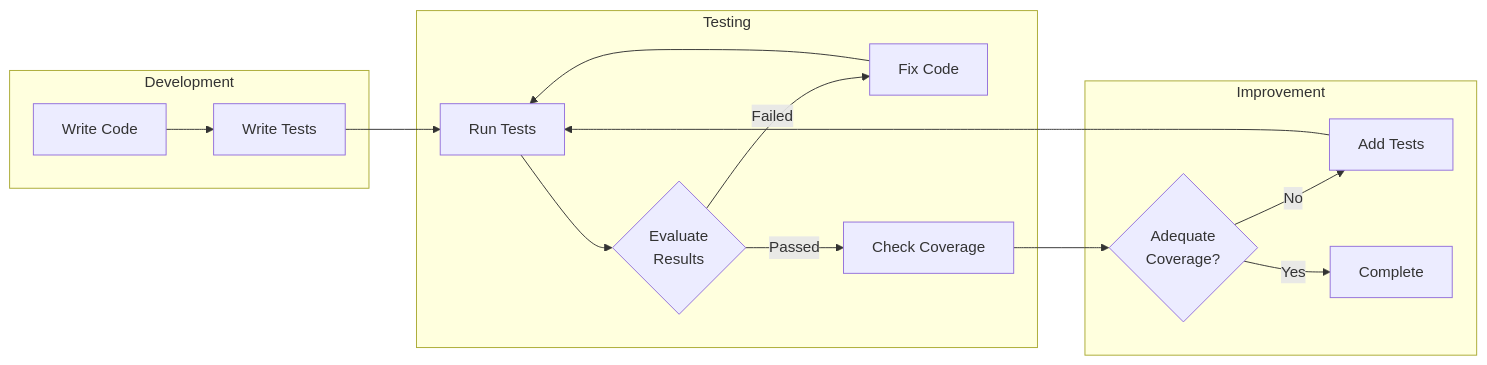
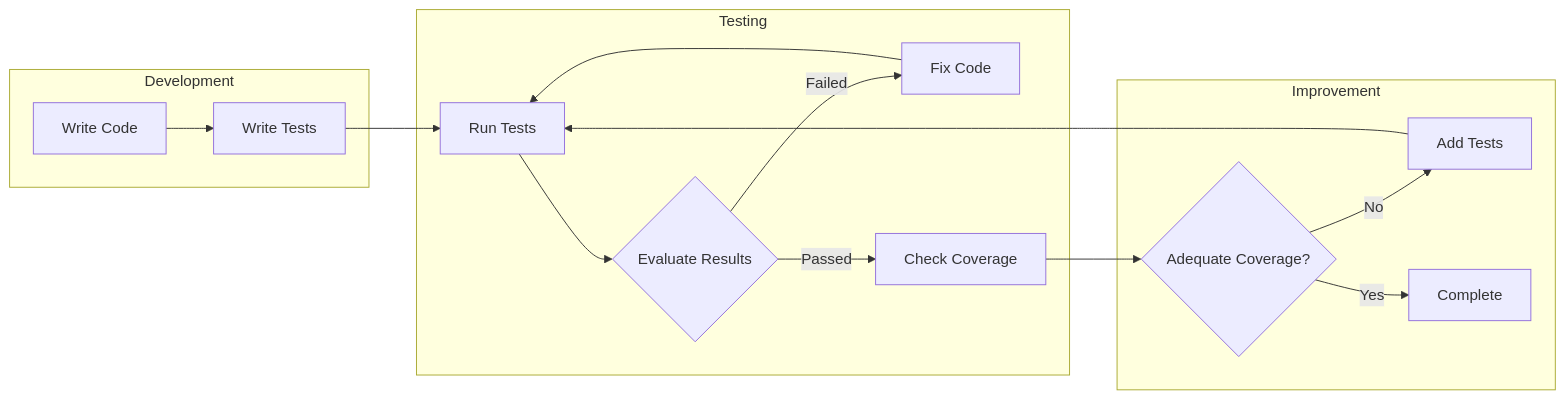
Before and after one commit to andrebarsotti/csv-to-ofx-converter: the first of 2 diagrams in docs/en/unit-tests.md, drawn with Mermaid. The commit also changed 13 other files, not shown here.

Commit message:
fix: Remove unsupported br tags from Mermaid diagrams for GitHub rendering

````diff
--- a/docs/en/unit-tests.md
+++ b/docs/en/unit-tests.md
@@ -45,21 +45,21 @@
 ```mermaid
 flowchart LR
     subgraph Development
         Write[Write Code] --> WriteTests[Write Tests]
     end
 
     subgraph Testing
         WriteTests --> Run[Run Tests]
-        Run --> Evaluate{Evaluate<br/>Results}
+        Run --> Evaluate{Evaluate Results}
         Evaluate -->|Failed| Fix[Fix Code]
         Fix --> Run
         Evaluate -->|Passed| Coverage[Check Coverage]
     end
 
     subgraph Improvement
-        Coverage --> Review{Adequate<br/>Coverage?}
+        Coverage --> Review{Adequate Coverage?}
         Review -->|No| AddTests[Add Tests]
         AddTests --> Run
         Review -->|Yes| Complete[Complete]
     end
 ```
````
